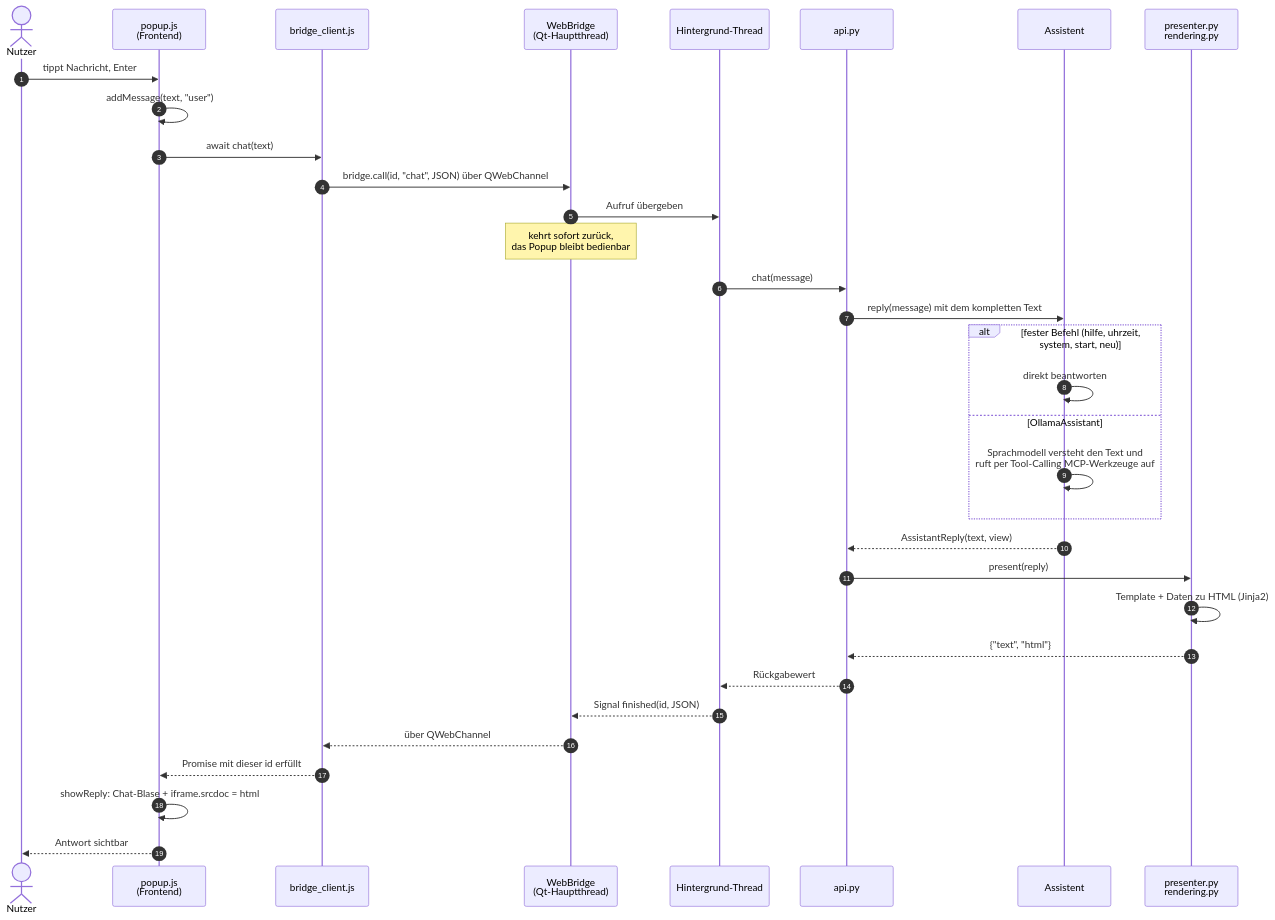
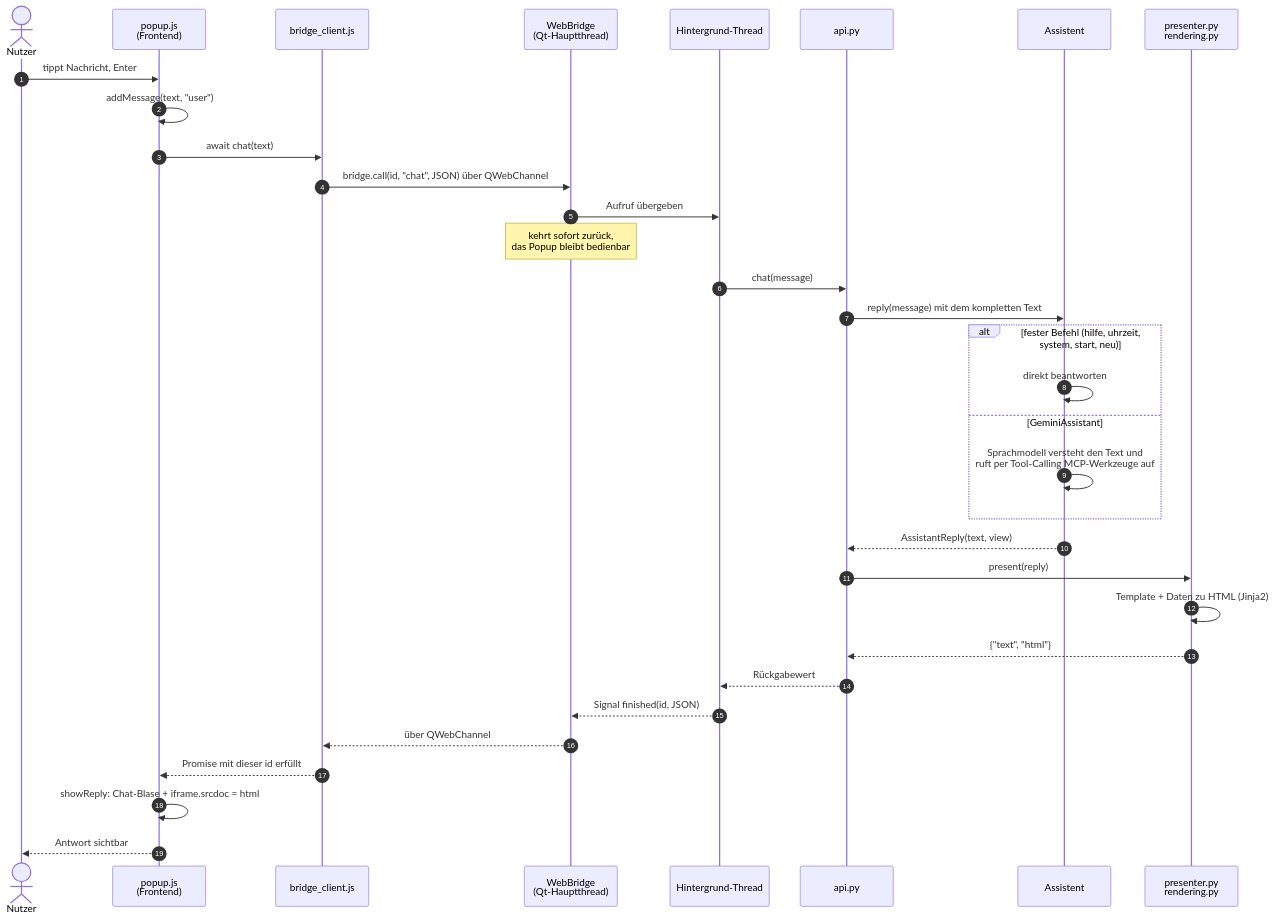
The diagram in ARCHITEKTUR.md (adiiii789/SWE_II_PDA), drawn with Mermaid before and after one commit. The commit also changed other lines of this file and 58 other files, not shown here.

Commit message:
Add EVE tray support and Gemini and local Ollama model selection

````diff
--- a/ARCHITEKTUR.md
+++ b/ARCHITEKTUR.md
@@ -357,36 +356,36 @@
 ```mermaid
 sequenceDiagram
     autonumber
     actor U as Nutzer
     participant JS as popup.js<br/>(Frontend)
     participant BC as bridge_client.js
     participant WB as WebBridge<br/>(Qt-Hauptthread)
     participant T as Hintergrund-Thread
     participant API as api.py
     participant A as Assistent
     participant P as presenter.py<br/>rendering.py
 
     U->>JS: tippt Nachricht, Enter
     JS->>JS: addMessage(text, "user")
     JS->>BC: await chat(text)
     BC->>WB: bridge.call(id, "chat", JSON) über QWebChannel
     WB->>T: Aufruf übergeben
     Note over WB: kehrt sofort zurück,<br/>das Popup bleibt bedienbar
     T->>API: chat(message)
     API->>A: reply(message) mit dem kompletten Text
     alt fester Befehl (hilfe, uhrzeit, system, start, neu)
         A->>A: direkt beantworten
-    else OllamaAssistant
+    else GeminiAssistant
         A->>A: Sprachmodell versteht den Text und<br/>ruft per Tool-Calling MCP-Werkzeuge auf
     end
     A-->>API: AssistantReply(text, view)
     API->>P: present(reply)
     P->>P: Template + Daten zu HTML (Jinja2)
     P-->>API: {"text", "html"}
     API-->>T: Rückgabewert
     T-->>WB: Signal finished(id, JSON)
     WB-->>BC: über QWebChannel
     BC-->>JS: Promise mit dieser id erfüllt
     JS->>JS: showReply: Chat-Blase + iframe.srcdoc = html
     JS-->>U: Antwort sichtbar
 ```
````
